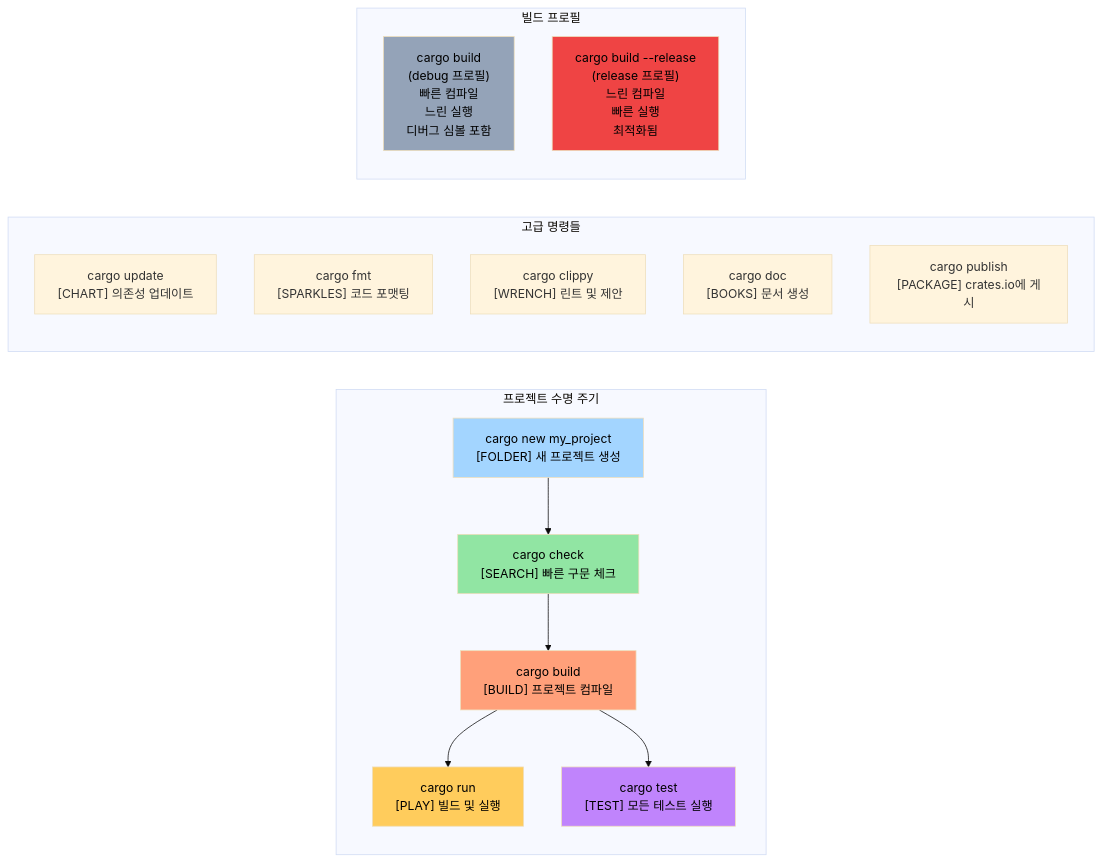
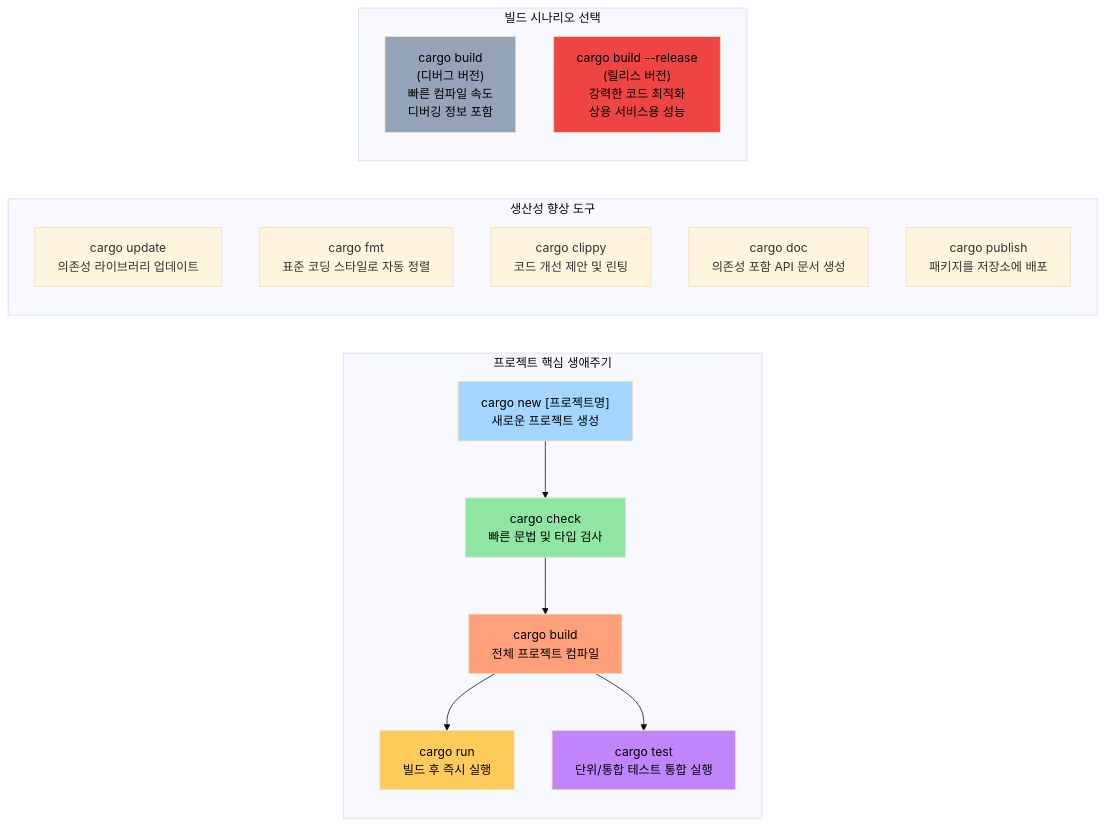
One commit to partrita/RustTraining changed the second of 2 diagrams in c-cpp-book/src/ch02-getting-started.md. Above: the diagram before and after it, drawn with Mermaid (base theme). The commit also changed other lines of this file and 157 other files, not shown here.

````diff
--- a/c-cpp-book/src/ch02-getting-started.md
+++ b/c-cpp-book/src/ch02-getting-started.md
@@ -122,36 +136,36 @@
 ```mermaid
 graph LR
-    subgraph "프로젝트 수명 주기"
-        NEW["cargo new my_project<br/>[FOLDER] 새 프로젝트 생성"]
-        CHECK["cargo check<br/>[SEARCH] 빠른 구문 체크"]
-        BUILD["cargo build<br/>[BUILD] 프로젝트 컴파일"]
-        RUN["cargo run<br/>[PLAY] 빌드 및 실행"]
-        TEST["cargo test<br/>[TEST] 모든 테스트 실행"]
+    subgraph "프로젝트 핵심 생애주기"
+        NEW["cargo new [프로젝트명]<br/>새로운 프로젝트 생성"]
+        CHECK["cargo check<br/>빠른 문법 및 타입 검사"]
+        BUILD["cargo build<br/>전체 프로젝트 컴파일"]
+        RUN["cargo run<br/>빌드 후 즉시 실행"]
+        TEST["cargo test<br/>단위/통합 테스트 통합 실행"]
         
         NEW --> CHECK
         CHECK --> BUILD
         BUILD --> RUN
         BUILD --> TEST
     end
     
-    subgraph "고급 명령들"
-        UPDATE["cargo update<br/>[CHART] 의존성 업데이트"]
-        FORMAT["cargo fmt<br/>[SPARKLES] 코드 포맷팅"]
-        LINT["cargo clippy<br/>[WRENCH] 린트 및 제안"]
-        DOC["cargo doc<br/>[BOOKS] 문서 생성"]
-        PUBLISH["cargo publish<br/>[PACKAGE] crates.io에 게시"]
+    subgraph "생산성 향상 도구"
+        UPDATE["cargo update<br/>의존성 라이브러리 업데이트"]
+        FORMAT["cargo fmt<br/>표준 코딩 스타일로 자동 정렬"]
+        LINT["cargo clippy<br/>코드 개선 제안 및 린팅"]
+        DOC["cargo doc<br/>의존성 포함 API 문서 생성"]
+        PUBLISH["cargo publish<br/>패키지를 저장소에 배포"]
     end
     
-    subgraph "빌드 프로필"
-        DEBUG["cargo build<br/>(debug 프로필)<br/>빠른 컴파일<br/>느린 실행<br/>디버그 심볼 포함"]
-        RELEASE["cargo build --release<br/>(release 프로필)<br/>느린 컴파일<br/>빠른 실행<br/>최적화됨"]
+    subgraph "빌드 시나리오 선택"
+        DEBUG["cargo build<br/>(디버그 버전)<br/>빠른 컴파일 속도<br/>디버깅 정보 포함"]
+        RELEASE["cargo build --release<br/>(릴리스 버전)<br/>강력한 코드 최적화<br/>상용 서비스용 성능"]
     end
     
     style NEW fill:#a3d5ff,color:#000
     style CHECK fill:#91e5a3,color:#000
     style BUILD fill:#ffa07a,color:#000
     style RUN fill:#ffcc5c,color:#000
     style TEST fill:#c084fc,color:#000
     style DEBUG fill:#94a3b8,color:#000
     style RELEASE fill:#ef4444,color:#000
 ```
````
